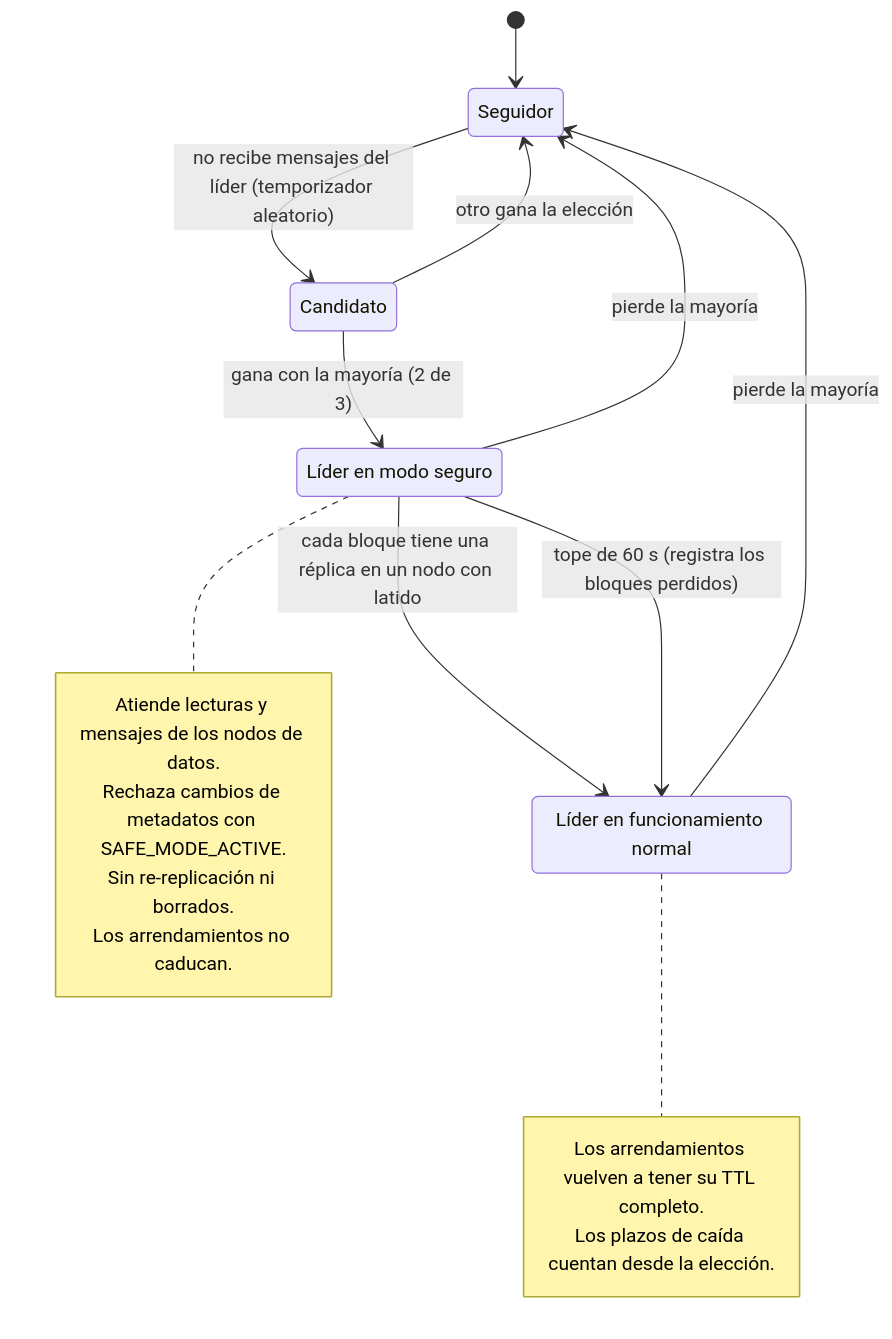
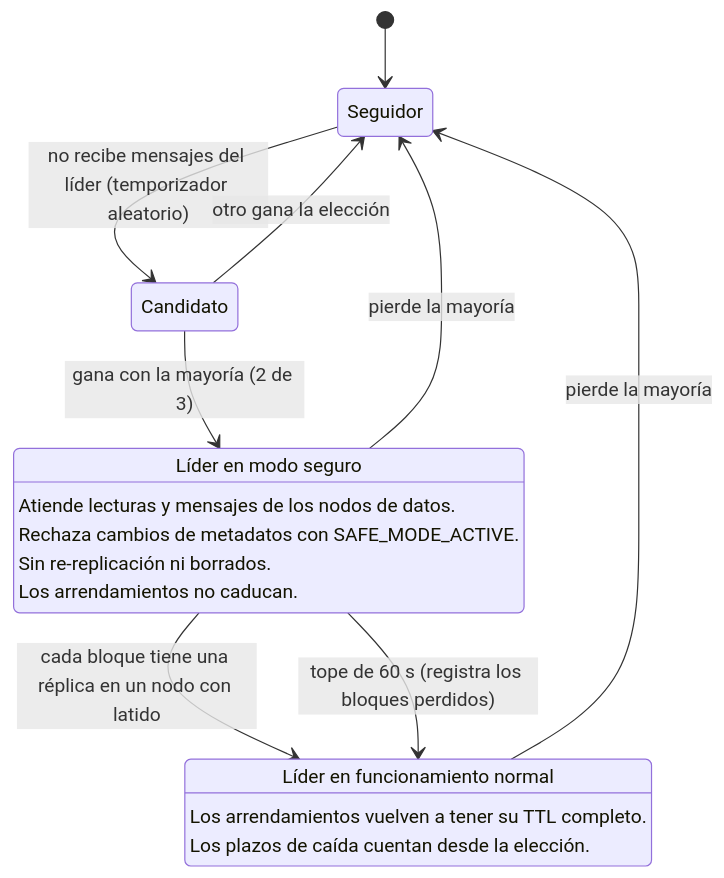
The diagram in docs/diagramas/13-modo-seguro.mmd (pjg09/dfsha), drawn with Mermaid before and after one commit. The commit also changed 8 other files, not shown here.

```diff
--- a/docs/diagramas/13-modo-seguro.mmd
+++ b/docs/diagramas/13-modo-seguro.mmd
@@ -1,23 +1,19 @@
 stateDiagram-v2
   state "Seguidor" as Seguidor
   state "Candidato" as Candidato
   state "Líder en modo seguro" as ModoSeguro
   state "Líder en funcionamiento normal" as Normal
+  ModoSeguro : Atiende lecturas y mensajes de los nodos de datos.
+  ModoSeguro : Rechaza cambios de metadatos con SAFE_MODE_ACTIVE.
+  ModoSeguro : Sin re-replicación ni borrados.
+  ModoSeguro : Los arrendamientos no caducan.
+  Normal : Los arrendamientos vuelven a tener su TTL completo.
+  Normal : Los plazos de caída cuentan desde la elección.
   [*] --> Seguidor
   Seguidor --> Candidato: no recibe mensajes del líder (temporizador aleatorio)
   Candidato --> Seguidor: otro gana la elección
   Candidato --> ModoSeguro: gana con la mayoría (2 de 3)
   ModoSeguro --> Normal: cada bloque tiene una réplica en un nodo con latido
   ModoSeguro --> Normal: tope de 60 s (registra los bloques perdidos)
   ModoSeguro --> Seguidor: pierde la mayoría
   Normal --> Seguidor: pierde la mayoría
-  note right of ModoSeguro
-    Atiende lecturas y mensajes de los nodos de datos.
-    Rechaza cambios de metadatos con SAFE_MODE_ACTIVE.
-    Sin re-replicación ni borrados.
-    Los arrendamientos no caducan.
-  end note
-  note right of Normal
-    Los arrendamientos vuelven a tener su TTL completo.
-    Los plazos de caída cuentan desde la elección.
-  end note
```
